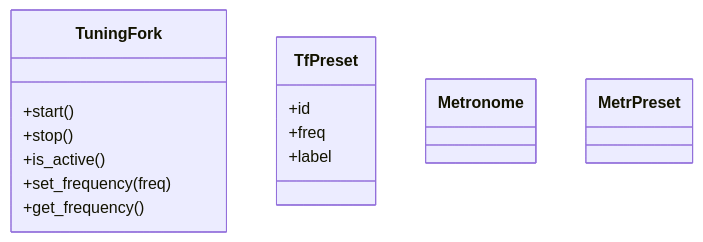
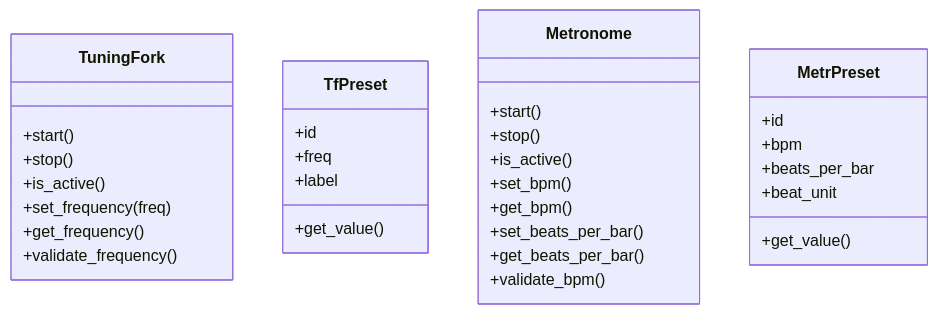
Before and after one commit to piamanns/ot-harjoitustyo: the first of 3 diagrams in musictools/dokumentaatio/arkkitehtuuri.md, drawn with Mermaid. The commit also changed other lines of this file, not shown here.

````diff
--- a/musictools/dokumentaatio/arkkitehtuuri.md
+++ b/musictools/dokumentaatio/arkkitehtuuri.md
@@ -6,20 +6,37 @@
 ```mermaid
 classDiagram
     class TuningFork{   
         +start()
         +stop()
         +is_active()
         +set_frequency(freq)
         +get_frequency()
+        +validate_frequency()
     }
     
     class TfPreset{
         +id
         +freq
         +label
+        +get_value()
     }
+    
     class Metronome{
+        +start()
+        +stop()
+        +is_active()
+        +set_bpm()
+        +get_bpm()
+        +set_beats_per_bar()
+        +get_beats_per_bar()
+        +validate_bpm()
     }
+    
     class MetrPreset{
+        +id
+        +bpm
+        +beats_per_bar
+        +beat_unit
+        +get_value()
     }    
 ```
````
